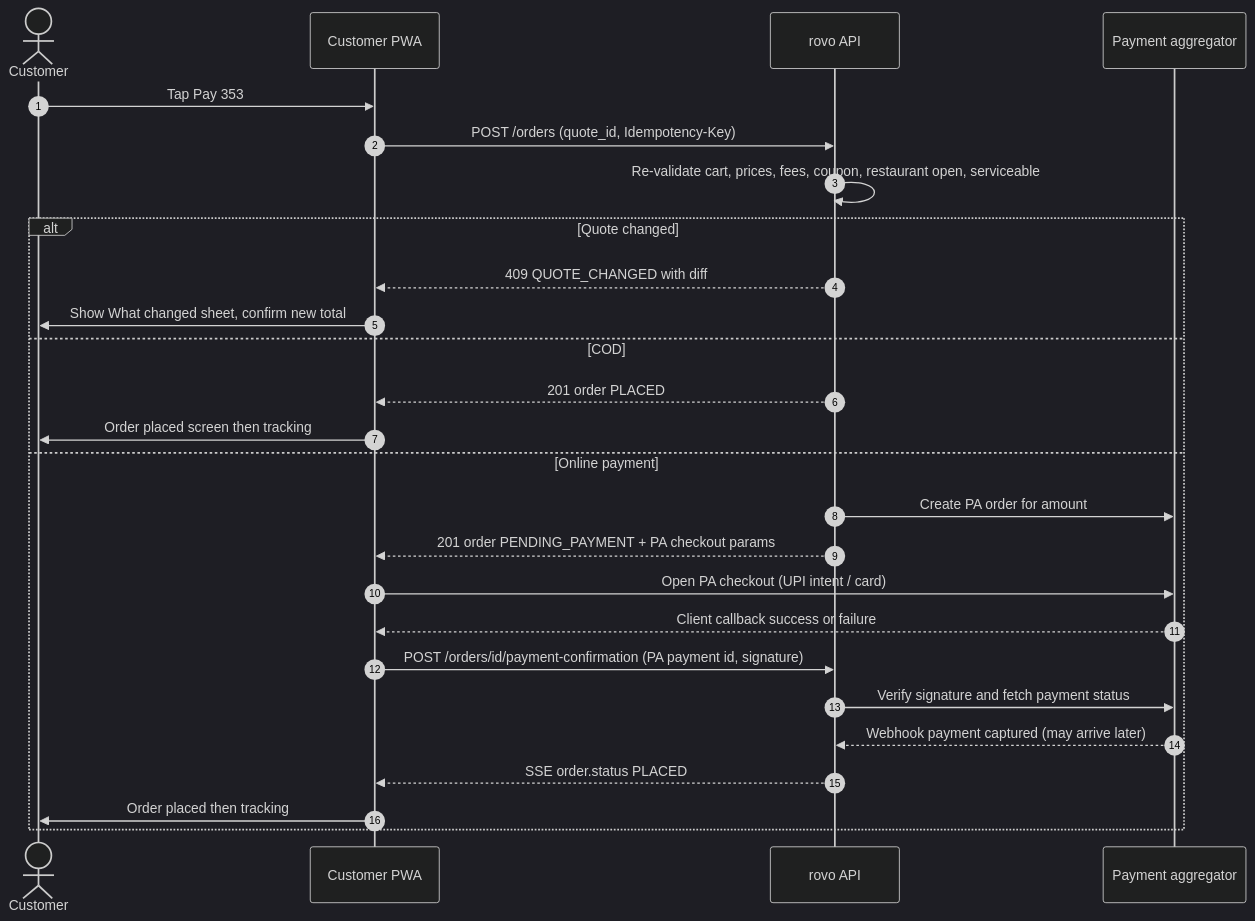
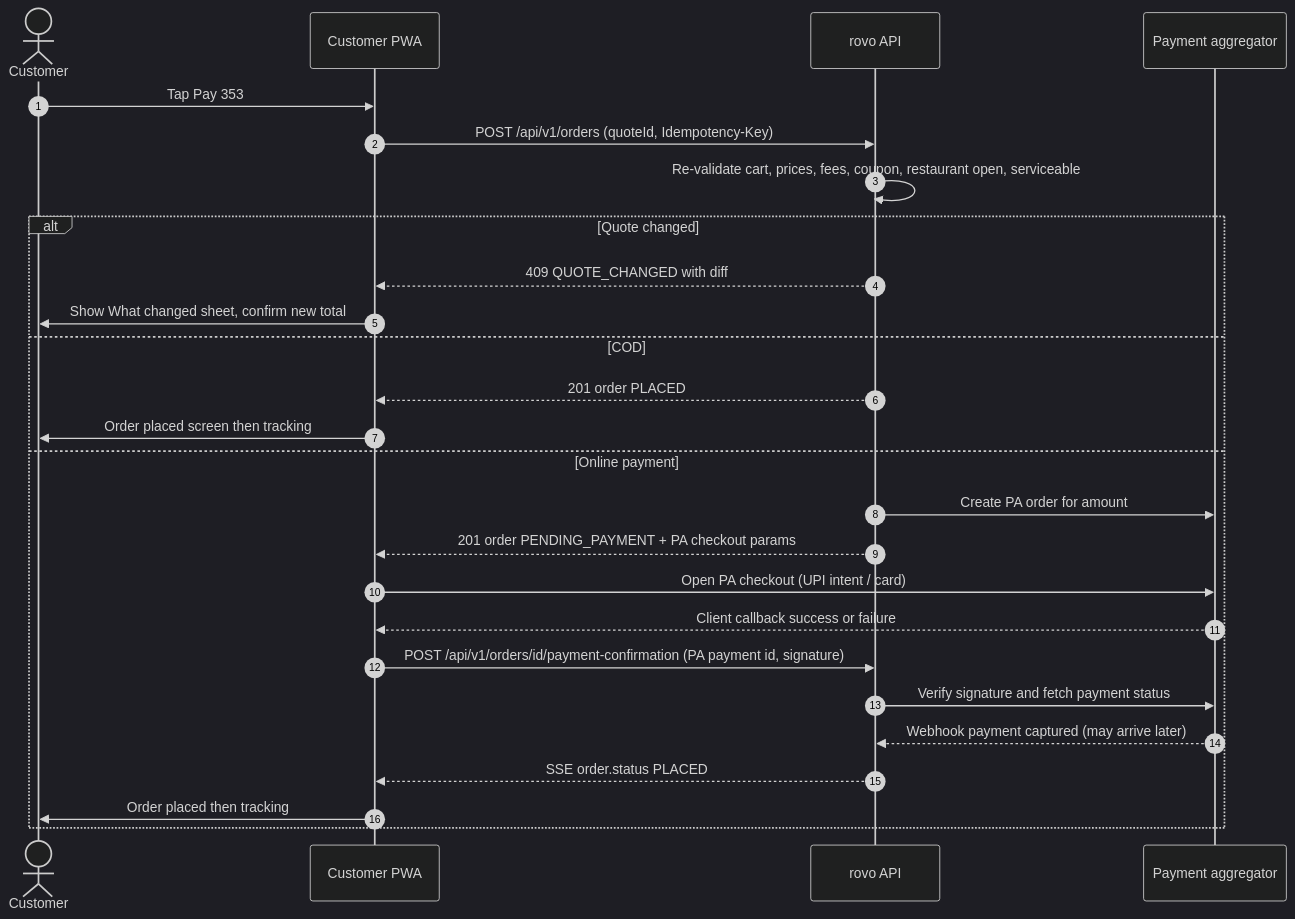
The second of 4 diagrams in docs/planning/04-customer-journey.md (storetmobiles2-code/rovo), drawn with Mermaid (dark theme) before and after one commit. The commit also changed other lines of this file and 12 other files, not shown here.

````diff
--- a/docs/planning/04-customer-journey.md
+++ b/docs/planning/04-customer-journey.md
@@ -320,28 +329,28 @@
 ```mermaid
 sequenceDiagram
     autonumber
     actor C as Customer
     participant App as Customer PWA
     participant API as rovo API
     participant PA as Payment aggregator
     C->>App: Tap Pay 353
-    App->>API: POST /orders (quote_id, Idempotency-Key)
+    App->>API: POST /api/v1/orders (quoteId, Idempotency-Key)
     API->>API: Re-validate cart, prices, fees, coupon, restaurant open, serviceable
     alt Quote changed
         API-->>App: 409 QUOTE_CHANGED with diff
         App->>C: Show What changed sheet, confirm new total
     else COD
         API-->>App: 201 order PLACED
         App->>C: Order placed screen then tracking
     else Online payment
         API->>PA: Create PA order for amount
         API-->>App: 201 order PENDING_PAYMENT + PA checkout params
         App->>PA: Open PA checkout (UPI intent / card)
         PA-->>App: Client callback success or failure
-        App->>API: POST /orders/id/payment-confirmation (PA payment id, signature)
+        App->>API: POST /api/v1/orders/id/payment-confirmation (PA payment id, signature)
         API->>PA: Verify signature and fetch payment status
         PA-->>API: Webhook payment captured (may arrive later)
         API-->>App: SSE order.status PLACED
         App->>C: Order placed then tracking
     end
 ```
````
